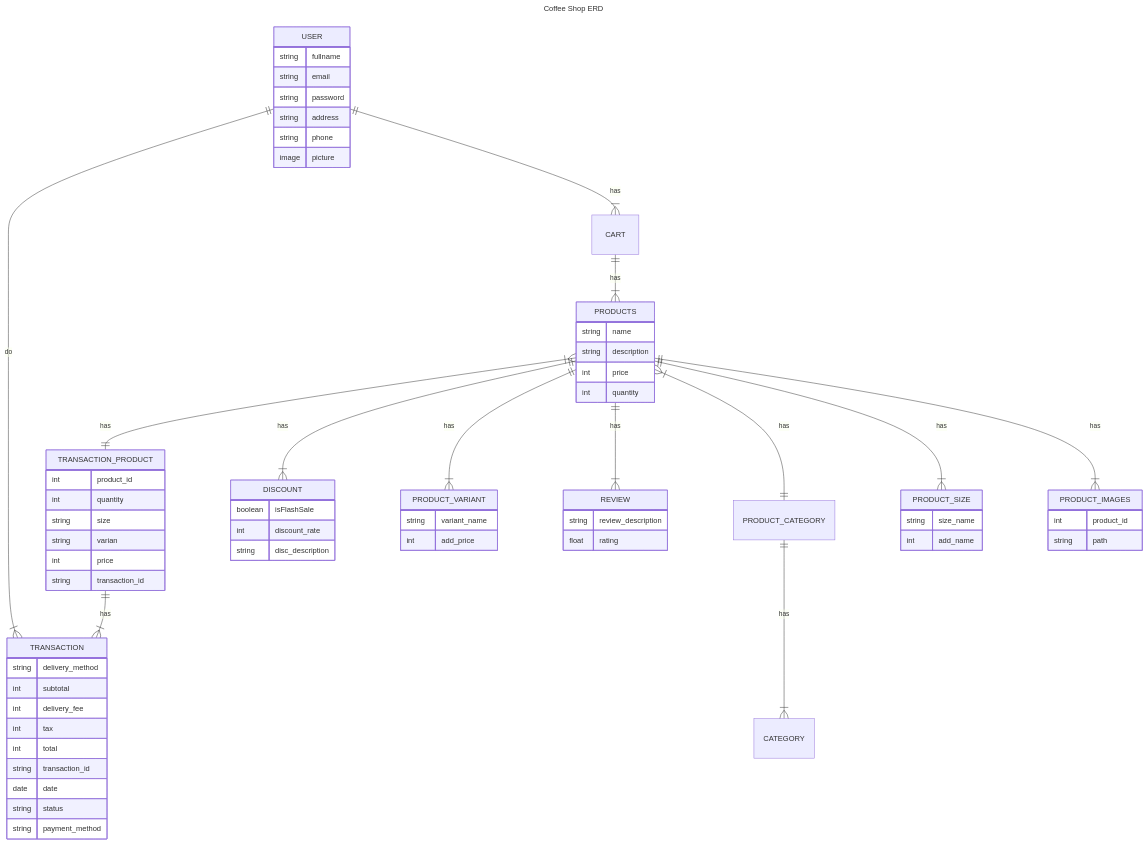
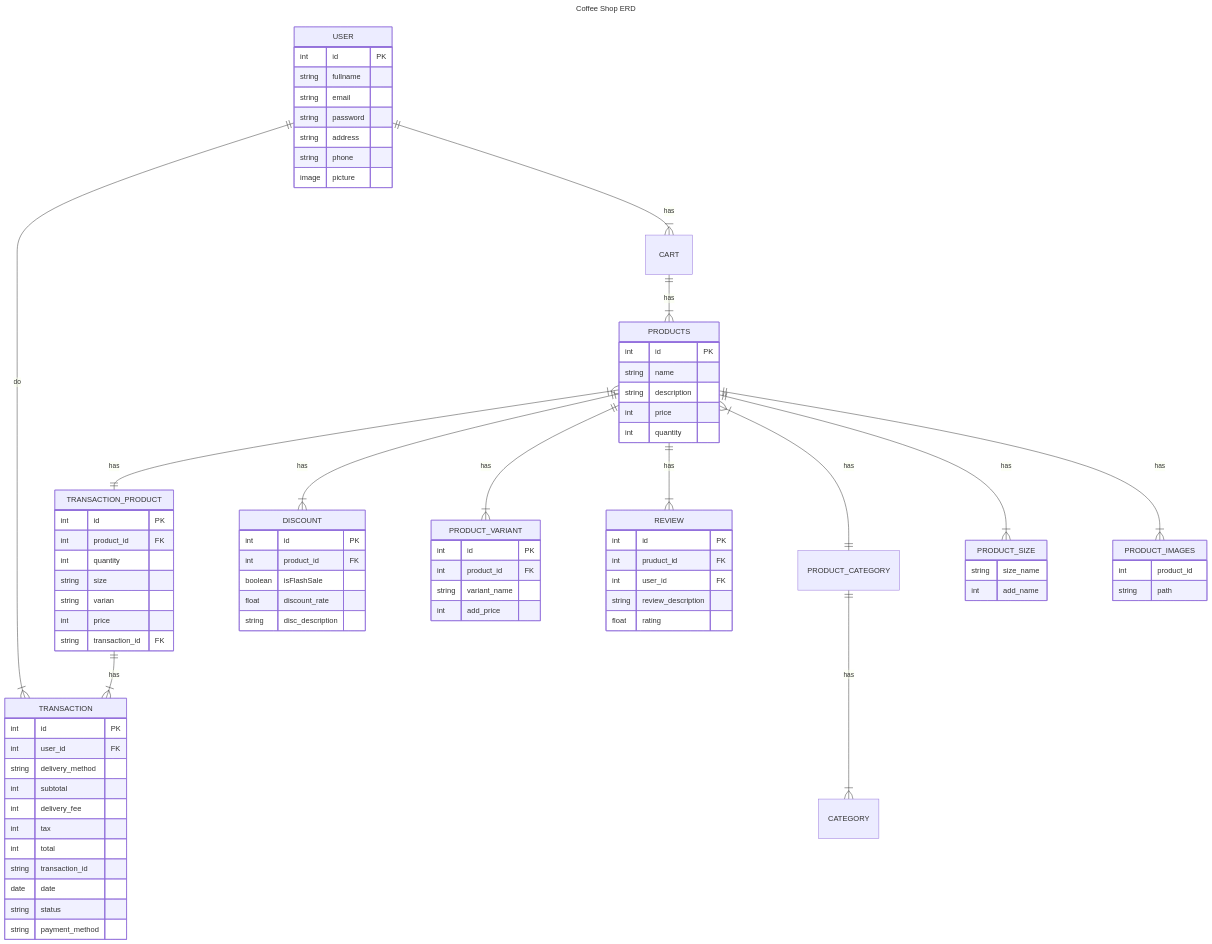
One commit to mslthn/koda-b6-db changed the diagram in readme.md. Above: the diagram before and after it, drawn with Mermaid.

Commit message:
chore: updating erd by adding id to every table

```diff
--- a/readme.md
+++ b/readme.md
@@ -6,6 +6,7 @@
     direction TB
 
     PRODUCTS {
+        int id PK
         string name
         string description
         int price
@@ -13,6 +14,7 @@
     }
 
     USER {
+        int id PK
         string fullname
         string email
         string password
@@ -22,6 +24,8 @@
     }
 
     TRANSACTION {
+        int id PK
+        int user_id FK
         string delivery_method
         int subtotal
         int delivery_fee
@@ -34,24 +38,29 @@
     }
 
     TRANSACTION_PRODUCT {
-        int product_id
+        int id PK
+        int product_id FK
         int quantity
         string size
         string varian
         int price
-        string transaction_id
+        string transaction_id FK
     }
 
     CART {
     }
 
     DISCOUNT {
+        int id PK
+        int product_id FK
         boolean isFlashSale
-        int discount_rate
+        float discount_rate
         string disc_description
     }
 
     PRODUCT_VARIANT {
+        int id PK
+        int product_id FK
         string variant_name
         int add_price
     }
@@ -61,7 +70,9 @@
         string path
     }
 
-    CATEGORY {}
+    CATEGORY {
+        
+    }
 
     PRODUCT_CATEGORY {}
 
@@ -71,6 +82,9 @@
     }
 
     REVIEW {
+        int id PK
+        int pruduct_id FK
+        int user_id FK
         string review_description
         float rating
     }
```
